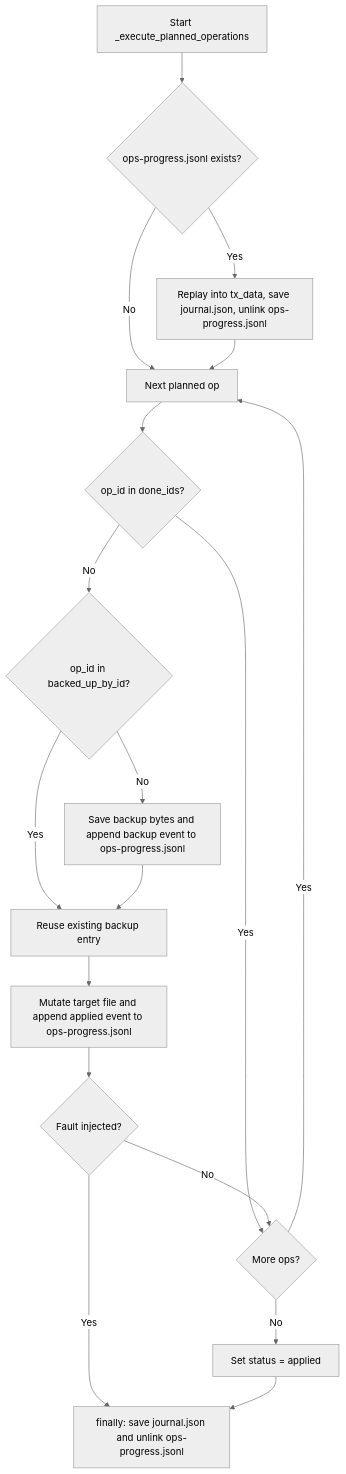
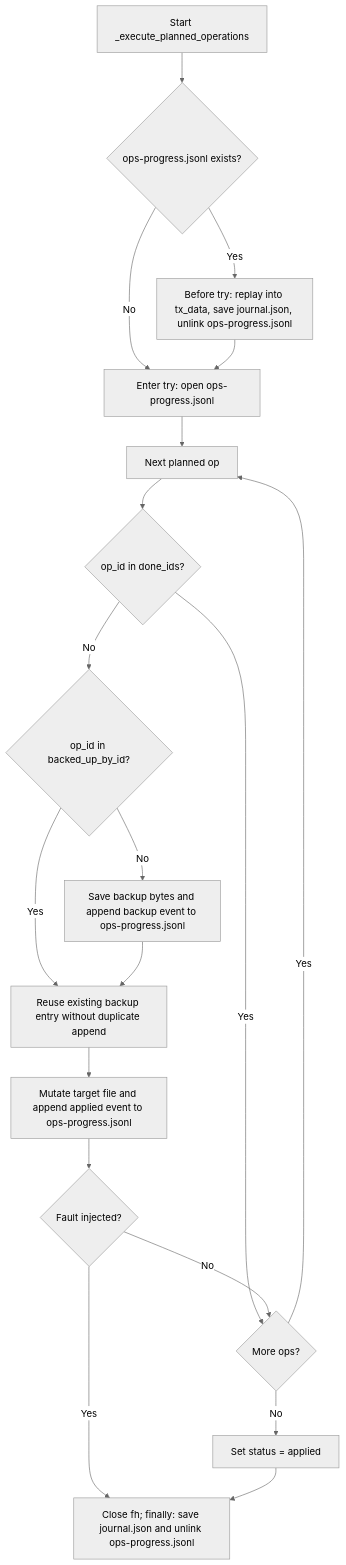
The third of 3 diagrams in .aw/records/plans/pending/20261119-e49gzt-01-n2bfd4-optimize-m0001-rename-id-minting-citation-scan-prefiltering.ipd.md (fariello/agent-workflows), drawn with Mermaid (neutral theme) before and after one commit. The commit also changed other lines of this file and 1 other file, not shown here.

````diff
--- a/.aw/records/plans/pending/20261119-e49gzt-01-n2bfd4-optimize-m0001-rename-id-minting-citation-scan-prefiltering.ipd.md
+++ b/.aw/records/plans/pending/20261119-e49gzt-01-n2bfd4-optimize-m0001-rename-id-minting-citation-scan-prefiltering.ipd.md
@@ -153,20 +157,21 @@
 ```mermaid
 flowchart TD
     S["Start _execute_planned_operations"] --> E{"ops-progress.jsonl exists?"}
-    E -->|Yes| R["Replay into tx_data, save journal.json, unlink ops-progress.jsonl"]
-    E -->|No| L["Next planned op"]
-    R --> L
+    E -->|Yes| R["Before try: replay into tx_data, save journal.json, unlink ops-progress.jsonl"]
+    E -->|No| T["Enter try: open ops-progress.jsonl"]
+    R --> T
+    T --> L["Next planned op"]
     L --> D{"op_id in done_ids?"}
     D -->|Yes| N{"More ops?"}
     D -->|No| B{"op_id in backed_up_by_id?"}
     B -->|No| W["Save backup bytes and append backup event to ops-progress.jsonl"]
-    B -->|Yes| M["Reuse existing backup entry"]
+    B -->|Yes| M["Reuse existing backup entry without duplicate append"]
     W --> M
     M --> X["Mutate target file and append applied event to ops-progress.jsonl"]
     X --> F{"Fault injected?"}
-    F -->|Yes| C["finally: save journal.json and unlink ops-progress.jsonl"]
+    F -->|Yes| C["Close fh; finally: save journal.json and unlink ops-progress.jsonl"]
     F -->|No| N
     N -->|Yes| L
     N -->|No| P["Set status = applied"]
     P --> C
 ```
````
